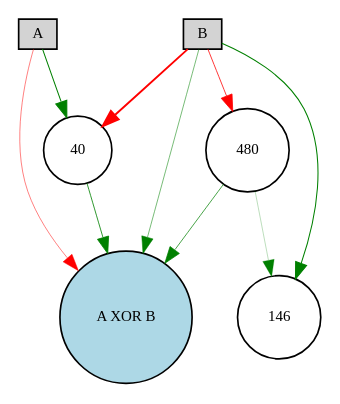
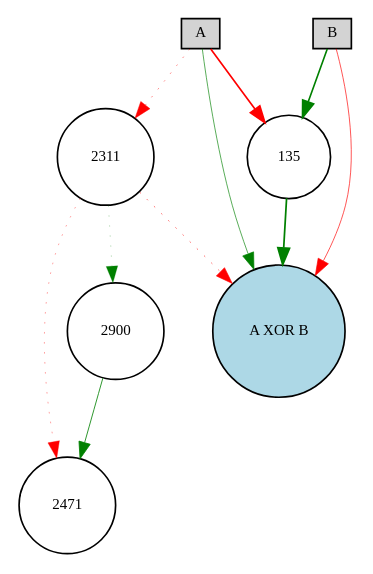
The diagram in examples/xor/Digraph.gv (felix0901/NEAT), drawn with Graphviz before and after one commit. The commit also changed 20 other files, not shown here.

```diff
--- a/examples/xor/Digraph.gv
+++ b/examples/xor/Digraph.gv
@@ -1,18 +1,20 @@
 digraph {
 	node [fontsize=9 height=0.2 shape=circle width=0.2]
 	A [fillcolor=lightgray shape=box style=filled]
 	B [fillcolor=lightgray shape=box style=filled]
 	"A XOR B" [fillcolor=lightblue style=filled]
-	480 [fillcolor=white style=filled]
-	40 [fillcolor=white style=filled]
-	146 [fillcolor=white style=filled]
-	A -> "A XOR B" [color=red penwidth=0.29820283442340056 style=solid]
-	B -> "A XOR B" [color=green penwidth=0.3235646996986357 style=solid]
-	A -> 40 [color=green penwidth=0.6299116768624694 style=solid]
-	40 -> "A XOR B" [color=green penwidth=0.49125136076746645 style=solid]
-	B -> 40 [color=red penwidth=1.1190615229019816 style=solid]
-	B -> 146 [color=green penwidth=0.633555544567422 style=solid]
-	B -> 480 [color=red penwidth=0.46606959803604453 style=solid]
-	480 -> "A XOR B" [color=green penwidth=0.4264232889216044 style=solid]
-	480 -> 146 [color=green penwidth=0.16188563208203913 style=solid]
+	2471 [fillcolor=white style=filled]
+	2311 [fillcolor=white style=filled]
+	135 [fillcolor=white style=filled]
+	2900 [fillcolor=white style=filled]
+	B -> 135 [color=green penwidth=0.984676217278395 style=solid]
+	135 -> "A XOR B" [color=green penwidth=1.0535847125810227 style=solid]
+	A -> 135 [color=red penwidth=1.0001504081622716 style=solid]
+	A -> "A XOR B" [color=green penwidth=0.39102651215057627 style=solid]
+	A -> 2311 [color=red penwidth=0.28002824115018543 style=dotted]
+	2311 -> "A XOR B" [color=red penwidth=0.3460683386274708 style=dotted]
+	B -> "A XOR B" [color=red penwidth=0.39562622531611114 style=solid]
+	2311 -> 2471 [color=red penwidth=0.22266712487839627 style=dotted]
+	2311 -> 2900 [color=green penwidth=0.13731779609292877 style=dotted]
+	2900 -> 2471 [color=green penwidth=0.49204817269837764 style=solid]
 }
```
